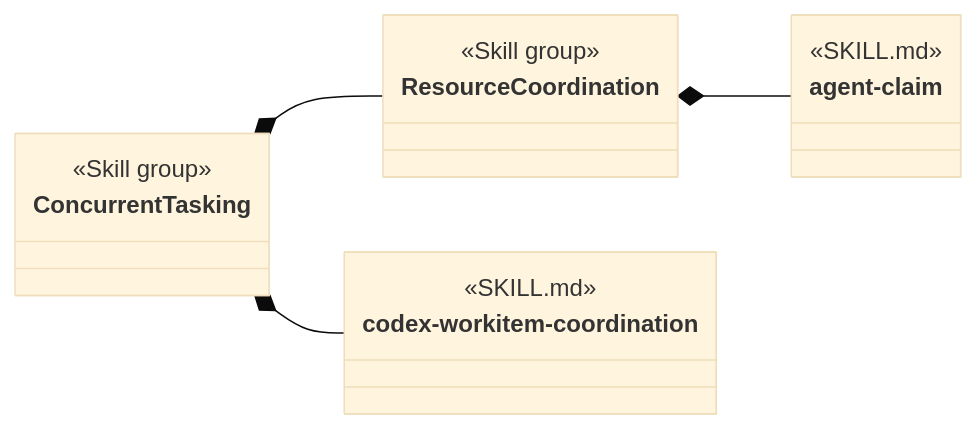
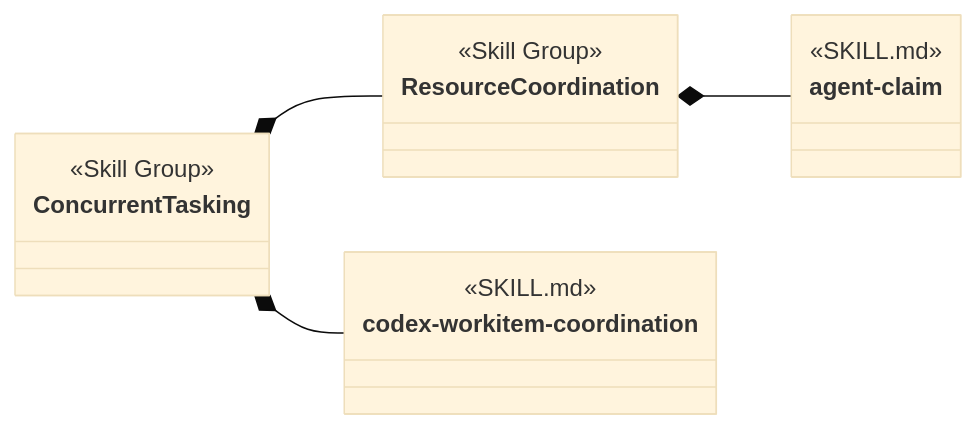
The tenth of 16 diagrams in design/object-oriented-agent-and-skill-model.md (martinbechard/dev-methodology), drawn with Mermaid (base theme) before and after one commit. The commit also changed other lines of this file and 2 other files, not shown here.

Commit message:
docs: separate skill groups from diagram forms

````diff
--- a/design/object-oriented-agent-and-skill-model.md
+++ b/design/object-oriented-agent-and-skill-model.md
@@ -463,24 +467,24 @@
 ```mermaid
 classDiagram
     direction LR
 
     class ConcurrentTasking {
-        <<Skill group>>
+        <<Skill Group>>
     }
 
     class ResourceCoordination {
-        <<Skill group>>
+        <<Skill Group>>
     }
 
     class codex-workitem-coordination {
         <<SKILL.md>>
     }
 
     class agent-claim {
         <<SKILL.md>>
     }
 
     ConcurrentTasking *-- codex-workitem-coordination
     ConcurrentTasking *-- ResourceCoordination
     ResourceCoordination *-- agent-claim
 ```
````
